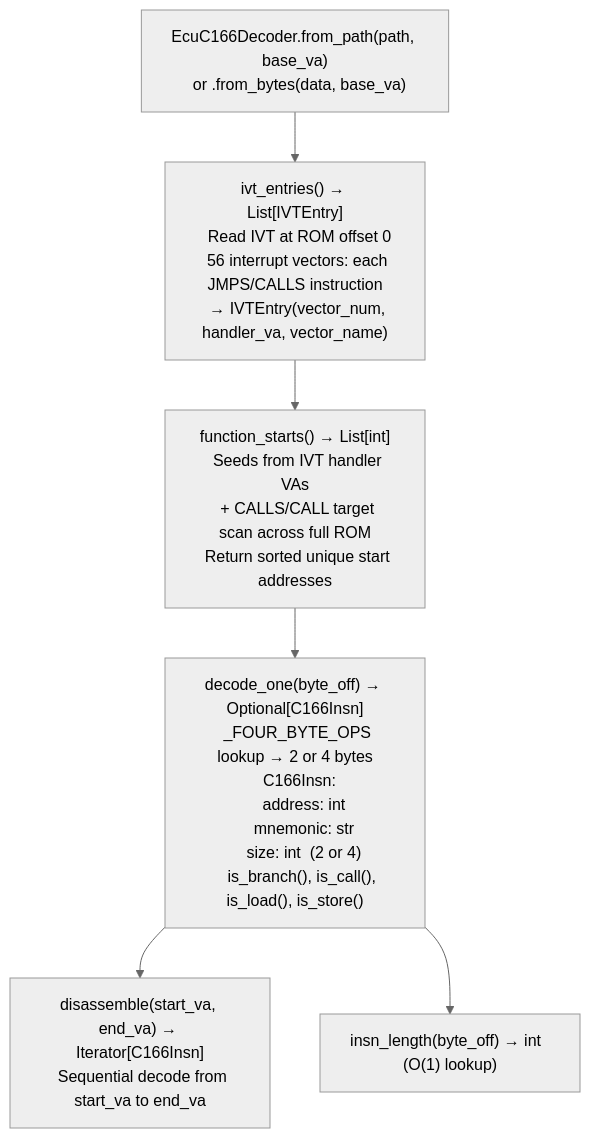
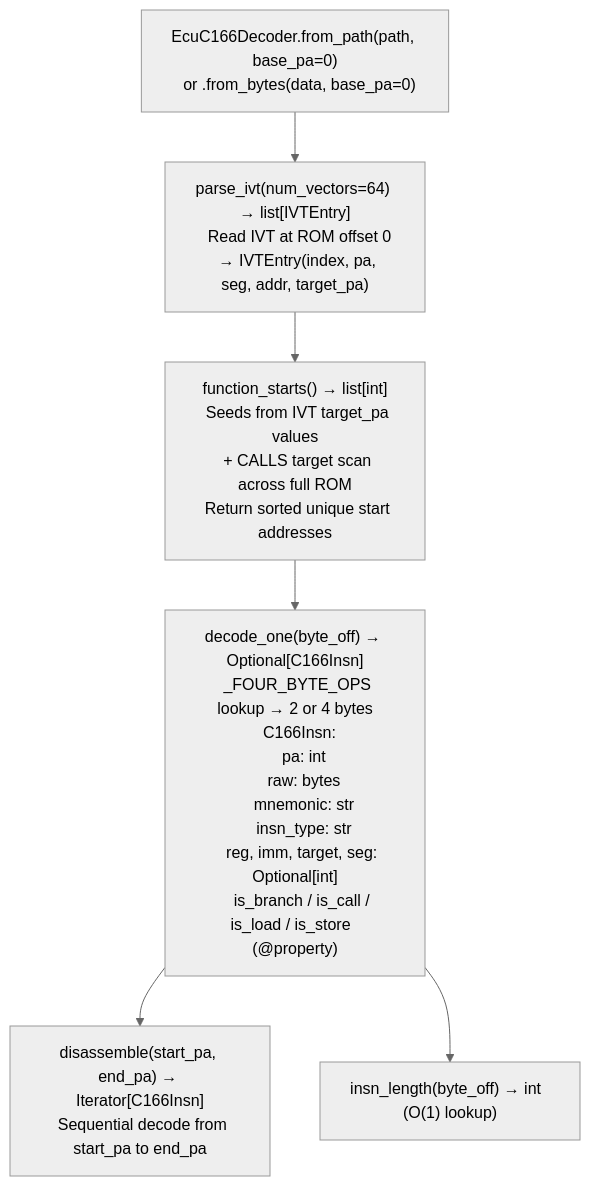
The diagram in docs/reference-modules/c166-c167-decoding.md (Ablation-Tool/ablation), drawn with Mermaid (neutral theme) before and after one commit. The commit also changed other lines of this file, not shown here.

````diff
--- a/docs/reference-modules/c166-c167-decoding.md
+++ b/docs/reference-modules/c166-c167-decoding.md
@@ -19,8 +19,8 @@
 ```mermaid
 flowchart TD
-    A["EcuC166Decoder.from_path(path, base_va)\n  or .from_bytes(data, base_va)"] --> B["ivt_entries() → List[IVTEntry]\n  Read IVT at ROM offset 0\n  56 interrupt vectors: each JMPS/CALLS instruction\n  → IVTEntry(vector_num, handler_va, vector_name)"]
-    B --> C["function_starts() → List[int]\n  Seeds from IVT handler VAs\n  + CALLS/CALL target scan across full ROM\n  Return sorted unique start addresses"]
-    C --> D["decode_one(byte_off) → Optional[C166Insn]\n  _FOUR_BYTE_OPS lookup → 2 or 4 bytes\n  C166Insn:\n    address: int\n    mnemonic: str\n    size: int  (2 or 4)\n    is_branch(), is_call(), is_load(), is_store()"]
-    D --> E["disassemble(start_va, end_va) → Iterator[C166Insn]\n  Sequential decode from start_va to end_va"]
+    A["EcuC166Decoder.from_path(path, base_pa=0)\n  or .from_bytes(data, base_pa=0)"] --> B["parse_ivt(num_vectors=64) → list[IVTEntry]\n  Read IVT at ROM offset 0\n  → IVTEntry(index, pa, seg, addr, target_pa)"]
+    B --> C["function_starts() → list[int]\n  Seeds from IVT target_pa values\n  + CALLS target scan across full ROM\n  Return sorted unique start addresses"]
+    C --> D["decode_one(byte_off) → Optional[C166Insn]\n  _FOUR_BYTE_OPS lookup → 2 or 4 bytes\n  C166Insn:\n    pa: int\n    raw: bytes\n    mnemonic: str\n    insn_type: str\n    reg, imm, target, seg: Optional[int]\n    is_branch / is_call / is_load / is_store  (@property)"]
+    D --> E["disassemble(start_pa, end_pa) → Iterator[C166Insn]\n  Sequential decode from start_pa to end_pa"]
     D --> F["insn_length(byte_off) → int  (O(1) lookup)"]
 ```
````
